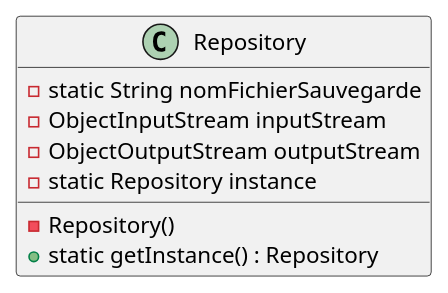
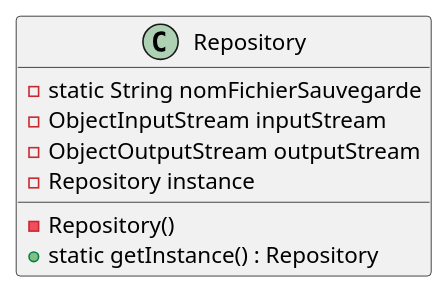
One commit to AlexanderCARNET/SAE_3_01_dev_application changed the diagram in Ollert_QDEV/diagrammes/DiagrammeClassRepository.puml. Above: the diagram before and after it, drawn with PlantUML.

Commit message:
[UPDATE] correction u diagramme de class de repository

```diff
--- a/Ollert_QDEV/diagrammes/DiagrammeClassRepository.puml
+++ b/Ollert_QDEV/diagrammes/DiagrammeClassRepository.puml
@@ -1,12 +1,12 @@
 @startuml
 
 class Repository{
     - static String nomFichierSauvegarde
     - ObjectInputStream inputStream
     - ObjectOutputStream outputStream
-    - static Repository instance
+    - Repository instance
     - Repository()
     + static getInstance() : Repository
 }
 
 @enduml
```
